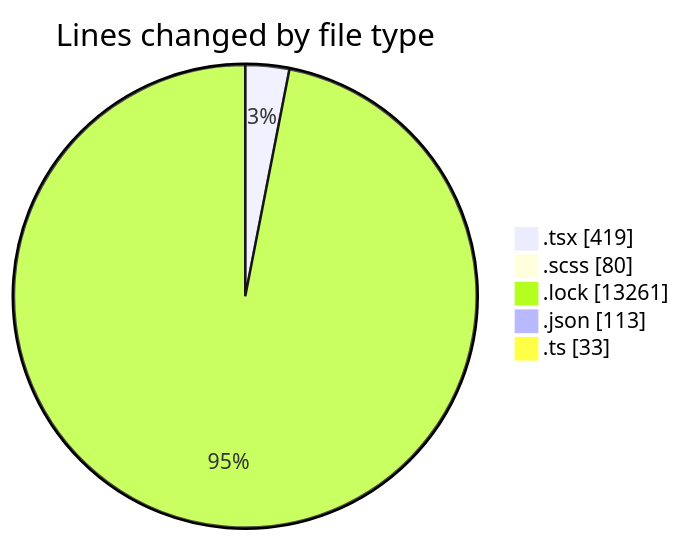
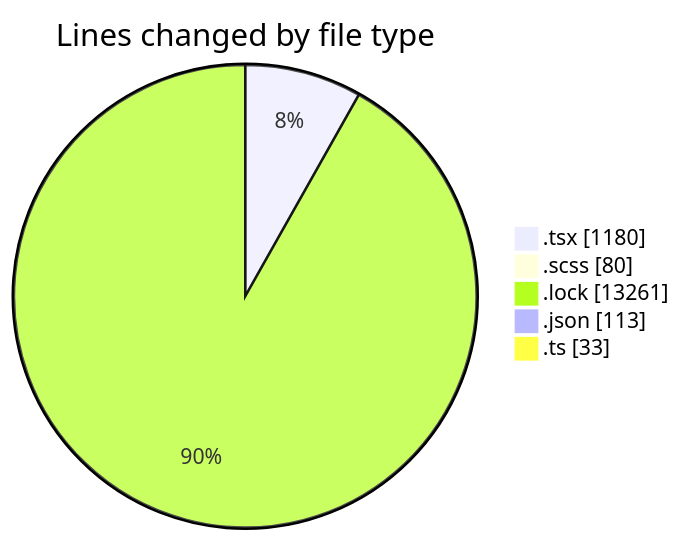
The first of 2 diagrams in 2025-05-06/cda/README.md (momahboobian/code-tracking), drawn with Mermaid before and after one commit. The commit also changed other lines of this file and 1 other file, not shown here.

````diff
--- a/2025-05-06/cda/README.md
+++ b/2025-05-06/cda/README.md
@@ -29,9 +34,9 @@
 ```mermaid
 pie showData
 title Lines changed by file type
-".tsx" : 419
+".tsx" : 1180
 ".scss" : 80
 ".lock" : 13261
 ".json" : 113
 ".ts" : 33
 ```
````
